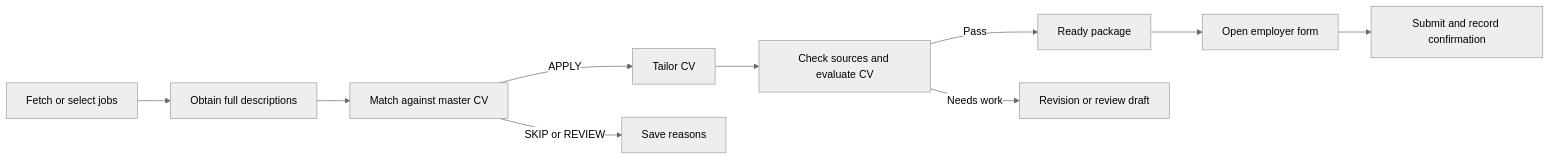
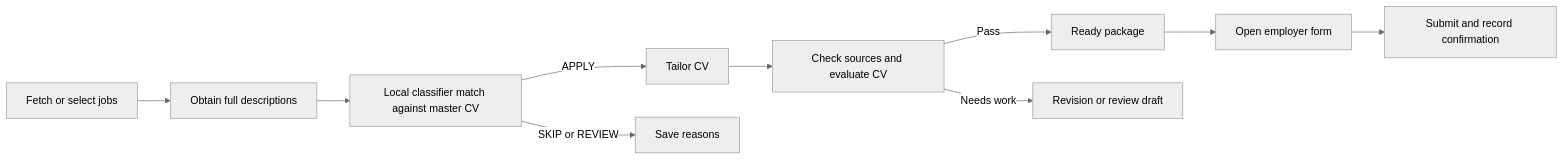
One commit to idj997/Job_Application_Agent changed the diagram in docs/OPENAI_MODE.md. Above: the diagram before and after it, drawn with Mermaid (neutral theme). The commit also changed other lines of this file and 60 other files, not shown here.

First line of the commit message:
Add classifier-first local applications and source-grounded CV refinement

````diff
--- a/docs/OPENAI_MODE.md
+++ b/docs/OPENAI_MODE.md
@@ -8,12 +12,12 @@
 ```mermaid
 flowchart LR
     A[Fetch or select jobs] --> B[Obtain full descriptions]
-    B --> C[Match against master CV]
+    B --> C[Local classifier match against master CV]
     C -->|APPLY| D[Tailor CV]
     C -->|SKIP or REVIEW| E[Save reasons]
     D --> F[Check sources and evaluate CV]
     F -->|Pass| G[Ready package]
     F -->|Needs work| H[Revision or review draft]
     G --> I[Open employer form]
     I --> J[Submit and record confirmation]
 ```
````
